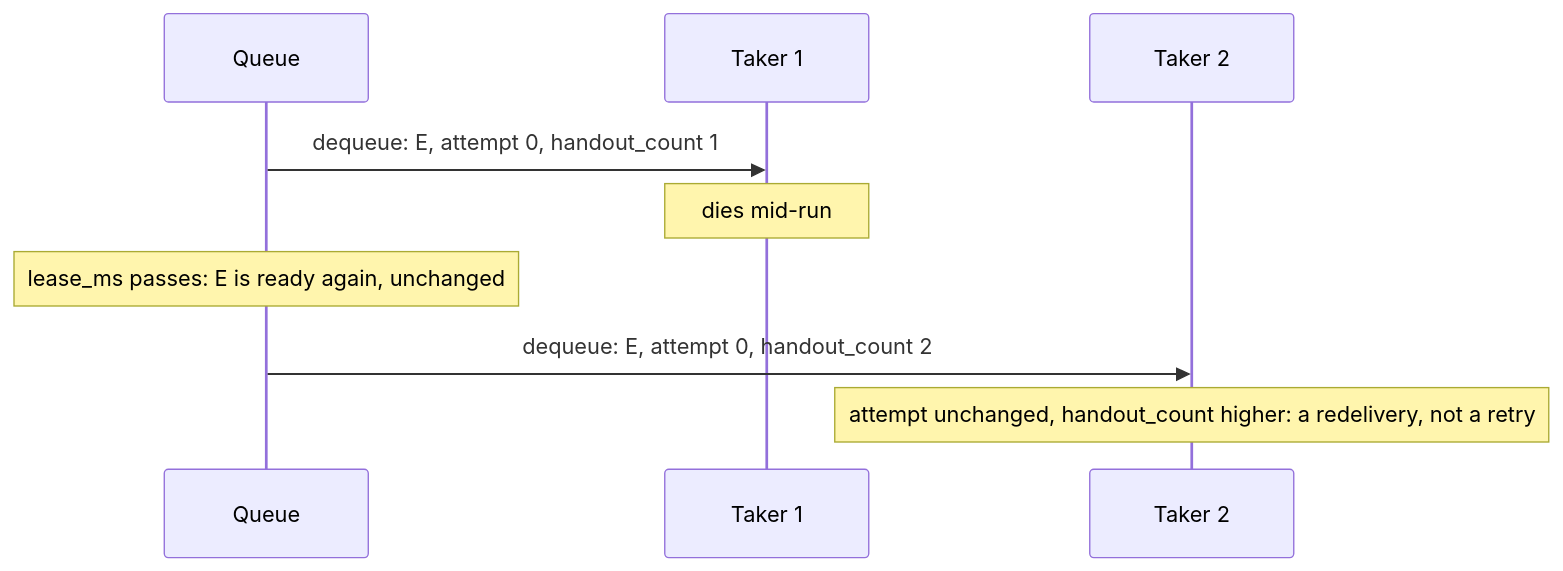
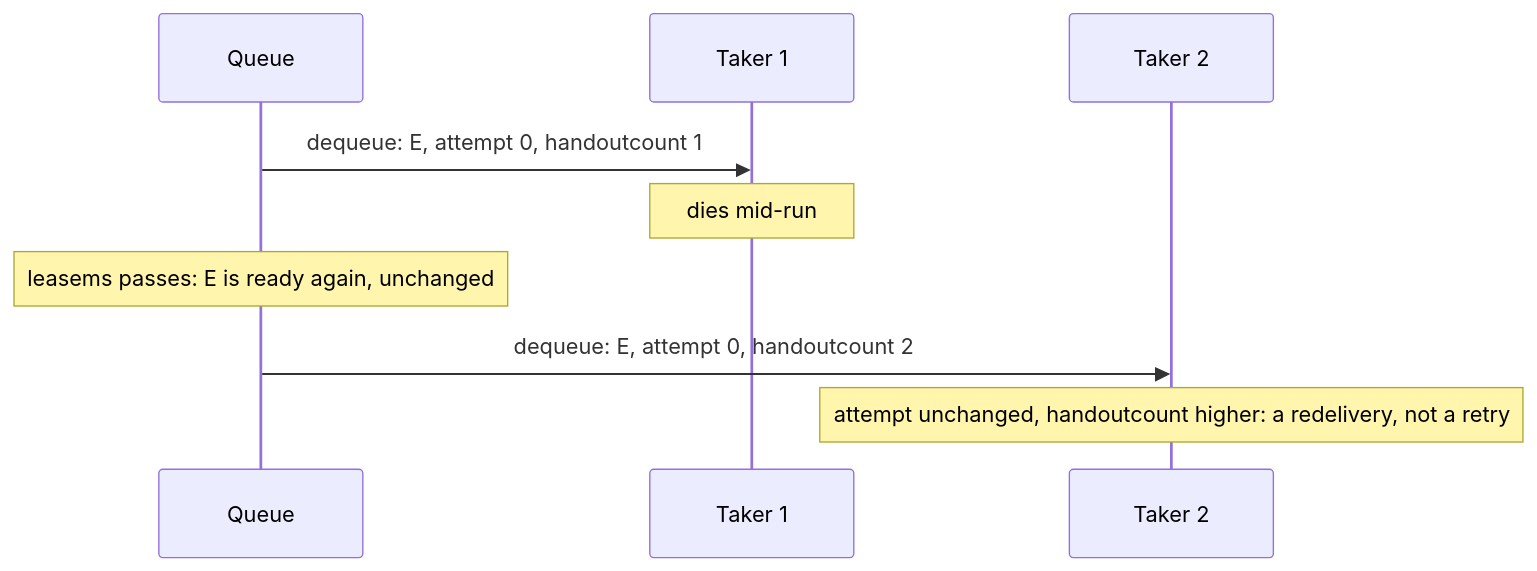
Before and after one commit to SaadAhmad123/arvo-core: the third of 3 diagrams in docs/adr/021-queue.md, drawn with Mermaid. The commit also changed other lines of this file, not shown here.

````diff
--- a/docs/adr/021-queue.md
+++ b/docs/adr/021-queue.md
@@ -205,11 +205,11 @@
 ```mermaid
 sequenceDiagram
     participant Q as Queue
     participant W1 as Taker 1
     participant W2 as Taker 2
-    Q->>W1: dequeue: E, attempt 0, handout_count 1
+    Q->>W1: dequeue: E, attempt 0, handoutcount 1
     Note over W1: dies mid-run
-    Note over Q: lease_ms passes: E is ready again, unchanged
-    Q->>W2: dequeue: E, attempt 0, handout_count 2
-    Note over W2: attempt unchanged, handout_count higher: a redelivery, not a retry
+    Note over Q: leasems passes: E is ready again, unchanged
+    Q->>W2: dequeue: E, attempt 0, handoutcount 2
+    Note over W2: attempt unchanged, handoutcount higher: a redelivery, not a retry
 ```
````
